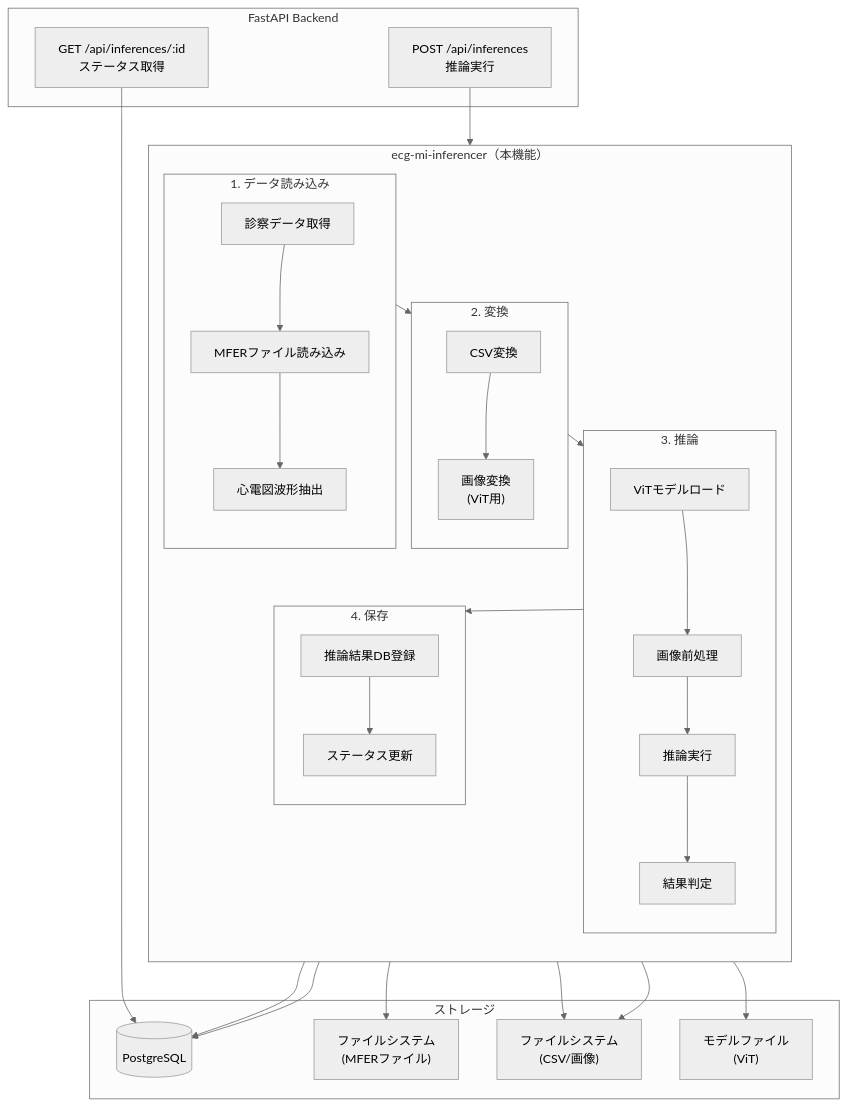
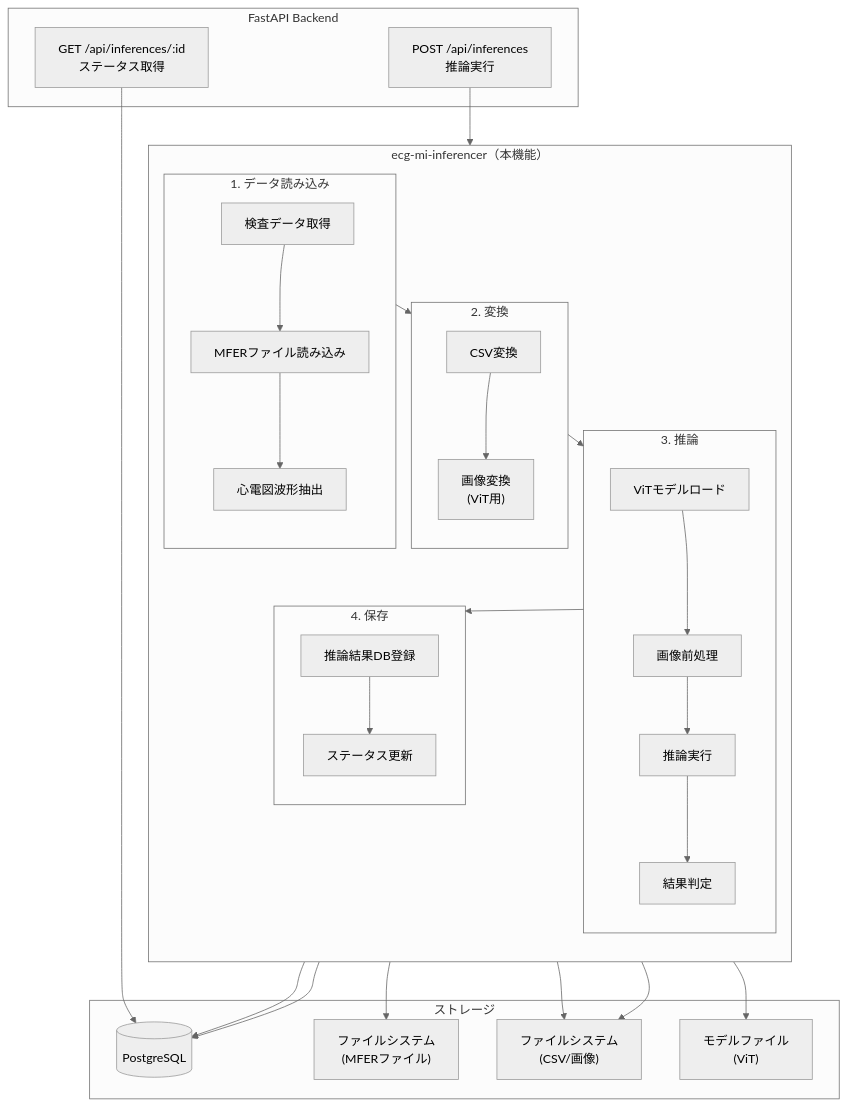
Before and after one commit to Universal-Micro-Networks/ecg-mi-inference: the first of 2 diagrams in .kiro/specs/ecg-mi-inferencer/requirements.md, drawn with Mermaid (neutral theme). The commit also changed other lines of this file and 28 other files, not shown here.

````diff
--- a/.kiro/specs/ecg-mi-inferencer/requirements.md
+++ b/.kiro/specs/ecg-mi-inferencer/requirements.md
@@ -207,56 +207,56 @@
 ```mermaid
 flowchart TB
     subgraph API["FastAPI Backend"]
         EP1["POST /api/inferences<br/>推論実行"]
         EP2["GET /api/inferences/:id<br/>ステータス取得"]
     end
 
     subgraph INF["ecg-mi-inferencer（本機能）"]
         direction TB
 
         subgraph Load["1. データ読み込み"]
-            L1["診察データ取得"]
+            L1["検査データ取得"]
             L2["MFERファイル読み込み"]
             L3["心電図波形抽出"]
             L1 --> L2 --> L3
         end
 
         subgraph Convert["2. 変換"]
             C1["CSV変換"]
             C2["画像変換<br/>(ViT用)"]
             C1 --> C2
         end
 
         subgraph Infer["3. 推論"]
             I1["ViTモデルロード"]
             I2["画像前処理"]
             I3["推論実行"]
             I4["結果判定"]
             I1 --> I2 --> I3 --> I4
         end
 
         subgraph Save["4. 保存"]
             S1["推論結果DB登録"]
             S2["ステータス更新"]
             S1 --> S2
         end
 
         Load --> Convert --> Infer --> Save
     end
 
     subgraph Storage["ストレージ"]
         DB[(PostgreSQL)]
         FS1["ファイルシステム<br/>(MFERファイル)"]
         FS2["ファイルシステム<br/>(CSV/画像)"]
         MODEL["モデルファイル<br/>(ViT)"]
     end
 
     EP1 --> INF
     EP2 --> DB
     L1 --> DB
     L2 --> FS1
     C1 --> FS2
     C2 --> FS2
     I1 --> MODEL
     S1 --> DB
 ```
````
